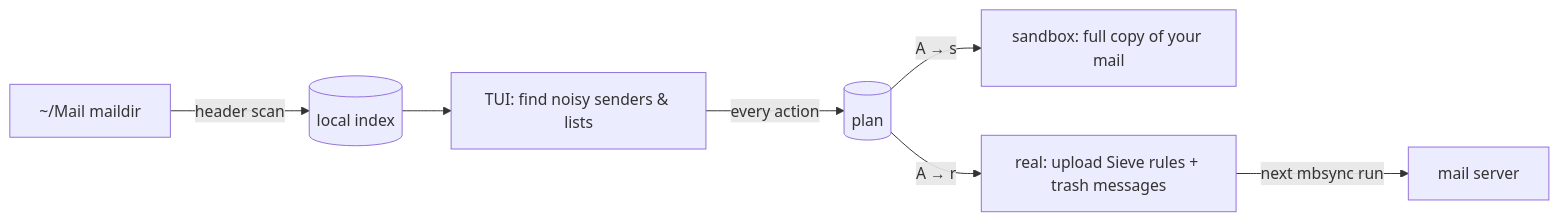
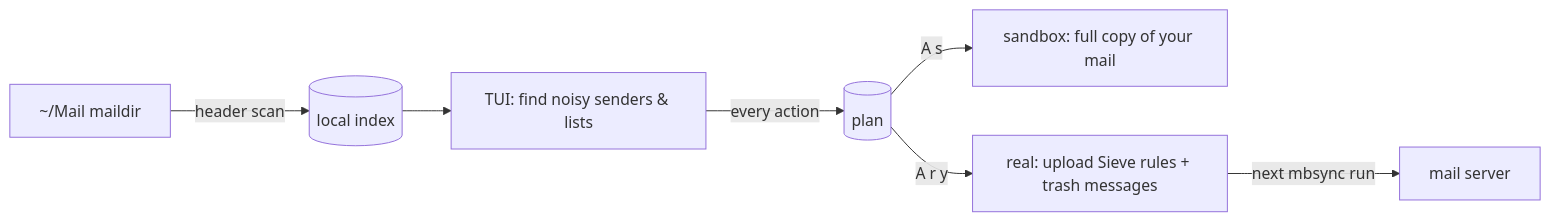
Before and after one commit to jfryman/sluice: the diagram in README.md, drawn with Mermaid. The commit also changed 6 other files, not shown here.

First line of the commit message:
Write the apply key sequence vim-style as A r y

````diff
--- a/README.md
+++ b/README.md
@@ -29,9 +29,9 @@
 ```mermaid
 flowchart LR
   M[~/Mail maildir] -->|header scan| I[(local index)]
   I --> T[TUI: find noisy senders & lists]
   T -->|every action| P[(plan)]
-  P -->|A → s| S[sandbox: full copy of your mail]
-  P -->|A → r| R[real: upload Sieve rules + trash messages]
+  P -->|A s| S[sandbox: full copy of your mail]
+  P -->|A r y| R[real: upload Sieve rules + trash messages]
   R -->|next mbsync run| K[mail server]
 ```
````
